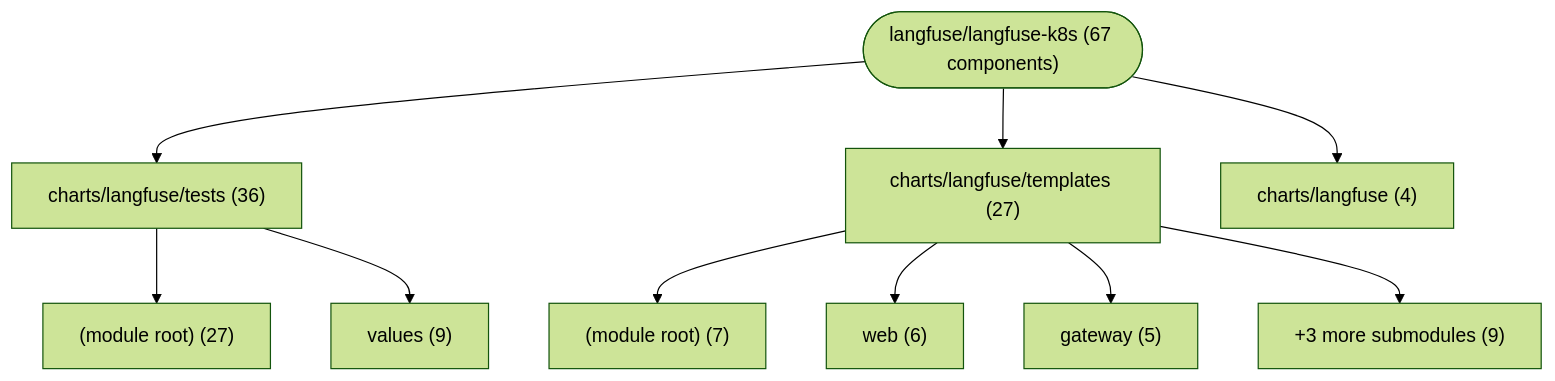
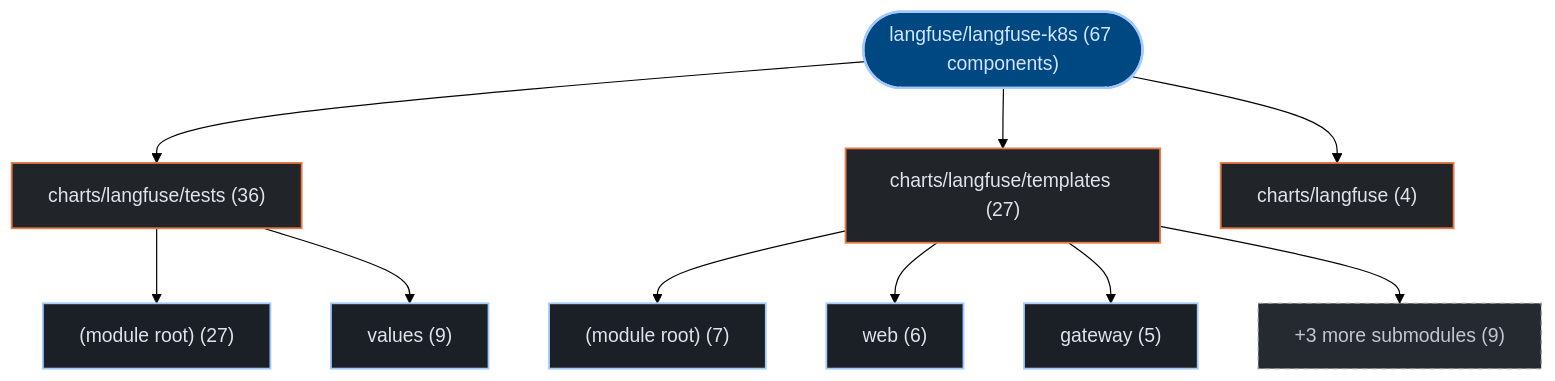
One commit to kumarshaz/atruss-code-atlas changed the first of 3 diagrams in exports/latest/reports/langfuse-langfuse-k8s-report.md. Above: the diagram before and after it, drawn with Mermaid (forest theme). The commit also changed other lines of this file and 331 other files, not shown here.

Commit message:
docs,ui,fix: update SDLC docs, reorder CI/CD DAG first, stylize Mermaid, and fix Arc42 pipeline topology

````diff
--- a/exports/latest/reports/langfuse-langfuse-k8s-report.md
+++ b/exports/latest/reports/langfuse-langfuse-k8s-report.md
@@ -42,22 +42,29 @@
 ```mermaid
 graph TD;
-    repo_root(["langfuse/langfuse-k8s (67 components)"])
-    dir_0_charts_langfuse_tests["charts/langfuse/tests (36)"]
+  classDef atlasRoot fill:#004882,stroke:#a3c9ff,stroke-width:2px,color:#d3e4ff
+  classDef atlasCategory fill:#212428,stroke:#E87A48,stroke-width:1.5px,color:#dfe3eb
+  classDef atlasWorkflow fill:#1b2026,stroke:#a3c9ff,stroke-width:1.5px,color:#dfe3eb
+  classDef atlasJob fill:#171c22,stroke:#8d9199,stroke-width:1px,color:#dfe3eb
+  classDef atlasTarget fill:#005227,stroke:#8bd99b,stroke-width:1.5px,color:#a7f6b6
+  classDef atlasAlert fill:#93000a,stroke:#ffb4ab,stroke-width:1.5px,color:#ffdad6
+  classDef atlasMore fill:#252a31,stroke:#8d9199,stroke-dasharray:4 4,color:#c3c6cf
+    repo_root(["langfuse/langfuse-k8s (67 components)"]):::atlasRoot
+    dir_0_charts_langfuse_tests["charts/langfuse/tests (36)"]:::atlasCategory
     repo_root --> dir_0_charts_langfuse_tests
-    sub_0_0__module_root_["(module root) (27)"]
+    sub_0_0__module_root_["(module root) (27)"]:::atlasWorkflow
     dir_0_charts_langfuse_tests --> sub_0_0__module_root_
-    sub_0_1_values["values (9)"]
+    sub_0_1_values["values (9)"]:::atlasWorkflow
     dir_0_charts_langfuse_tests --> sub_0_1_values
-    dir_1_charts_langfuse_templates["charts/langfuse/templates (27)"]
+    dir_1_charts_langfuse_templates["charts/langfuse/templates (27)"]:::atlasCategory
     repo_root --> dir_1_charts_langfuse_templates
-    sub_1_0__module_root_["(module root) (7)"]
+    sub_1_0__module_root_["(module root) (7)"]:::atlasWorkflow
     dir_1_charts_langfuse_templates --> sub_1_0__module_root_
-    sub_1_1_web["web (6)"]
+    sub_1_1_web["web (6)"]:::atlasWorkflow
     dir_1_charts_langfuse_templates --> sub_1_1_web
-    sub_1_2_gateway["gateway (5)"]
+    sub_1_2_gateway["gateway (5)"]:::atlasWorkflow
     dir_1_charts_langfuse_templates --> sub_1_2_gateway
-    sub_1_more["+3 more submodules (9)"]
+    sub_1_more["+3 more submodules (9)"]:::atlasMore
     dir_1_charts_langfuse_templates --> sub_1_more
-    dir_2_charts_langfuse["charts/langfuse (4)"]
+    dir_2_charts_langfuse["charts/langfuse (4)"]:::atlasCategory
     repo_root --> dir_2_charts_langfuse
 ```
````
